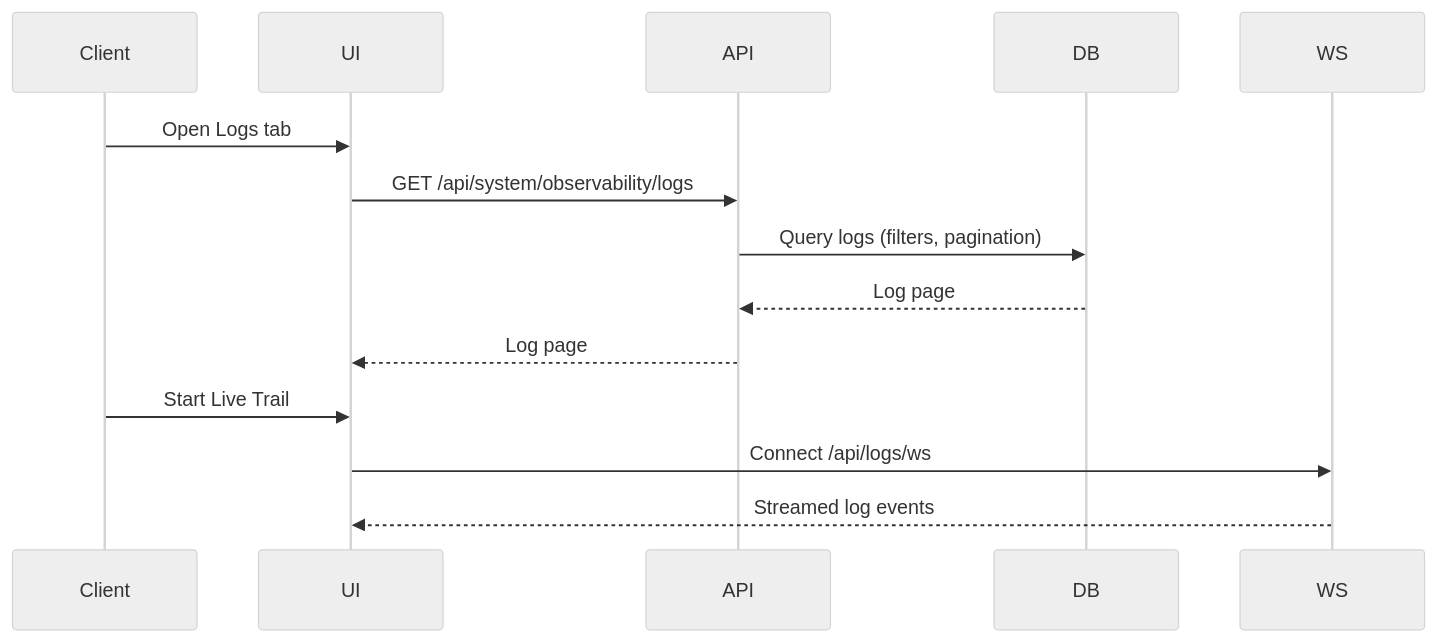
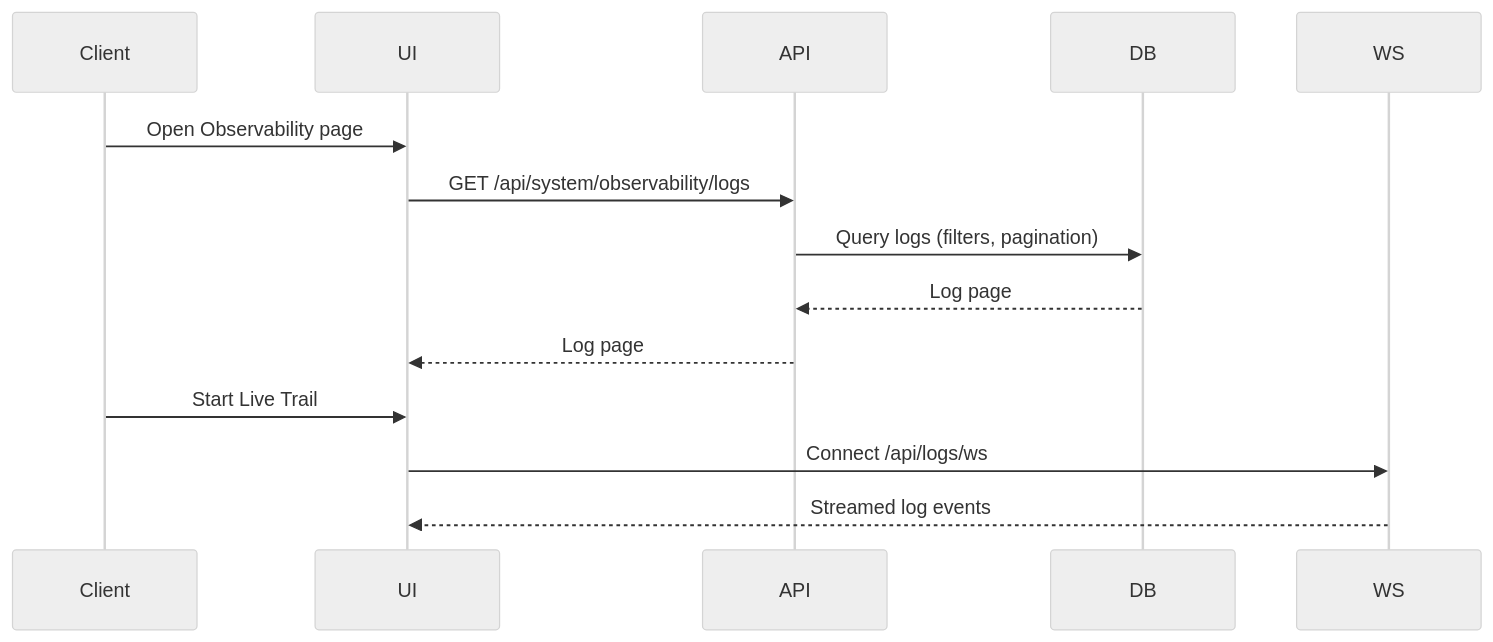
One commit to sagargupta2001/ReAuth changed the second of 4 diagrams in docs/memory/15-observability.md. Above: the diagram before and after it, drawn with Mermaid (neutral theme). The commit also changed other lines of this file and 13 other files, not shown here.

````diff
--- a/docs/memory/15-observability.md
+++ b/docs/memory/15-observability.md
@@ -35,17 +35,17 @@
 ```mermaid
 sequenceDiagram
   participant Client
   participant UI
   participant API
   participant DB
   participant WS
 
-  Client->>UI: Open Logs tab
+  Client->>UI: Open Observability page
   UI->>API: GET /api/system/observability/logs
   API->>DB: Query logs (filters, pagination)
   DB-->>API: Log page
   API-->>UI: Log page
   Client->>UI: Start Live Trail
   UI->>WS: Connect /api/logs/ws
   WS-->>UI: Streamed log events
 ```
````
